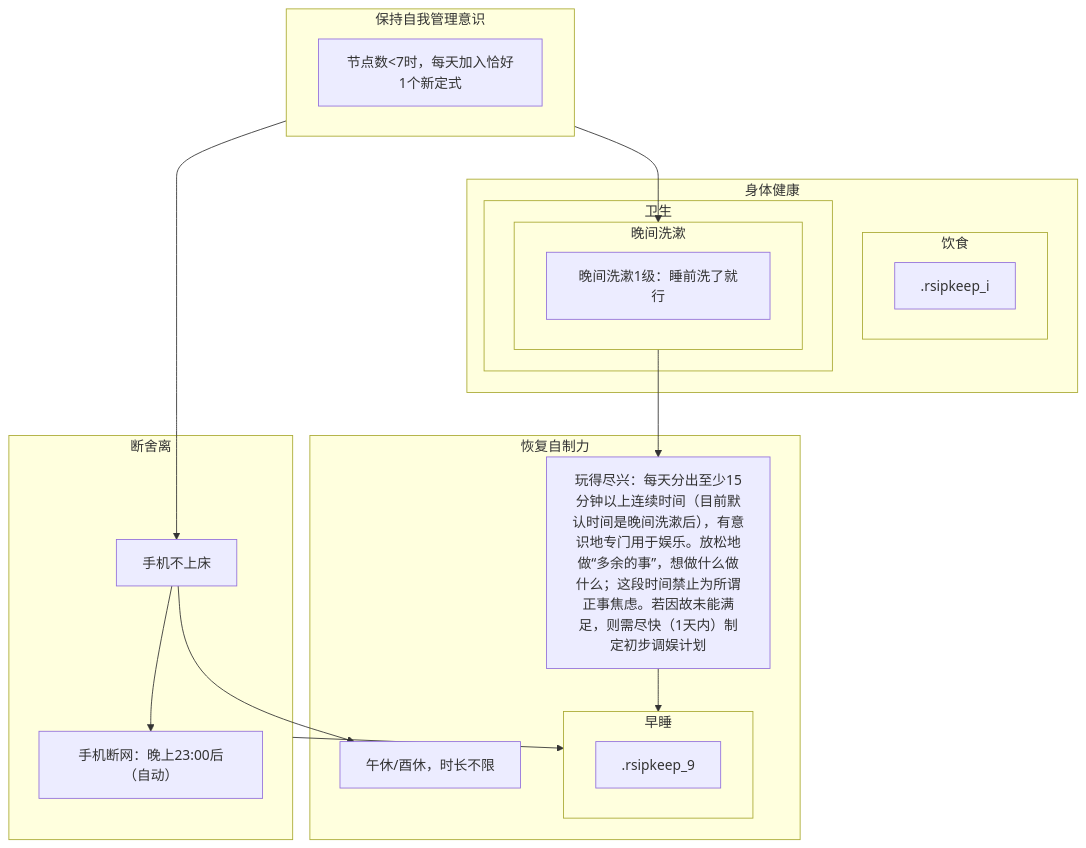
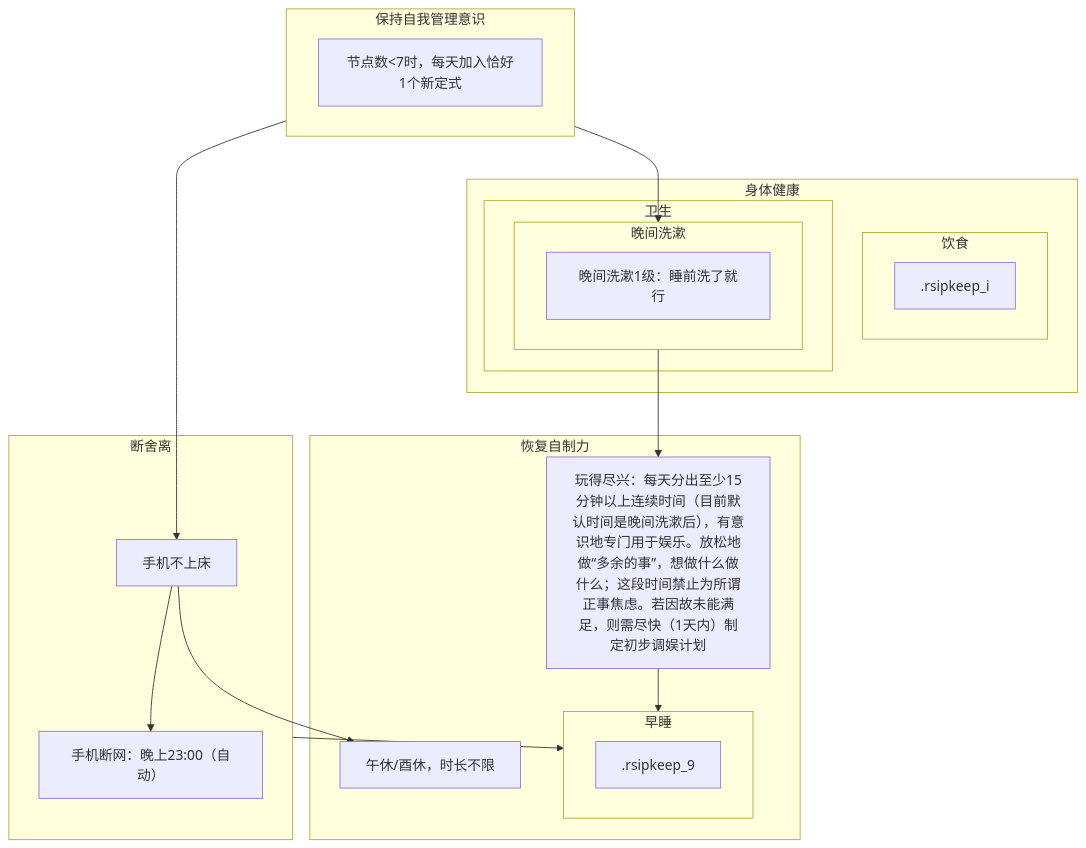
One commit to Ethkuil/RSIP-tree changed the diagram in README.md. Above: the diagram before and after it, drawn with Mermaid.

````diff
--- a/README.md
+++ b/README.md
@@ -7,37 +7,37 @@
 ```mermaid
 graph TD
 
 subgraph 5[保持自我管理意识]
   0[节点数<7时，每天加入恰好1个新定式]
 end
 5 --> 1
 5 --> 6
 
 subgraph d[断舍离]
   1[手机不上床]
-  1 --> e[手机断网：晚上23:00后（自动）]
+  1 --> e[手机断网：晚上23:00（自动）]
 end
 
 subgraph g[身体健康]
   subgraph h[卫生]
     subgraph 6[晚间洗漱]
       b[晚间洗漱1级：睡前洗了就行]
     end
   end
   subgraph i[饮食]
     .rsipkeep_i
   end
 end
 
 1 --> 2
 d --> 9
 6 --> 8
 subgraph f[恢复自制力]
   2[午休/酉休，时长不限]
   8[玩得尽兴：每天分出至少15分钟以上连续时间（目前默认时间是晚间洗漱后），有意识地专门用于娱乐。放松地做“多余的事”，想做什么做什么；这段时间禁止为所谓正事焦虑。若因故未能满足，则需尽快（1天内）制定初步调娱计划]
   8 --> 9
   subgraph 9[早睡]
     .rsipkeep_9
   end
 end
 ```
````
